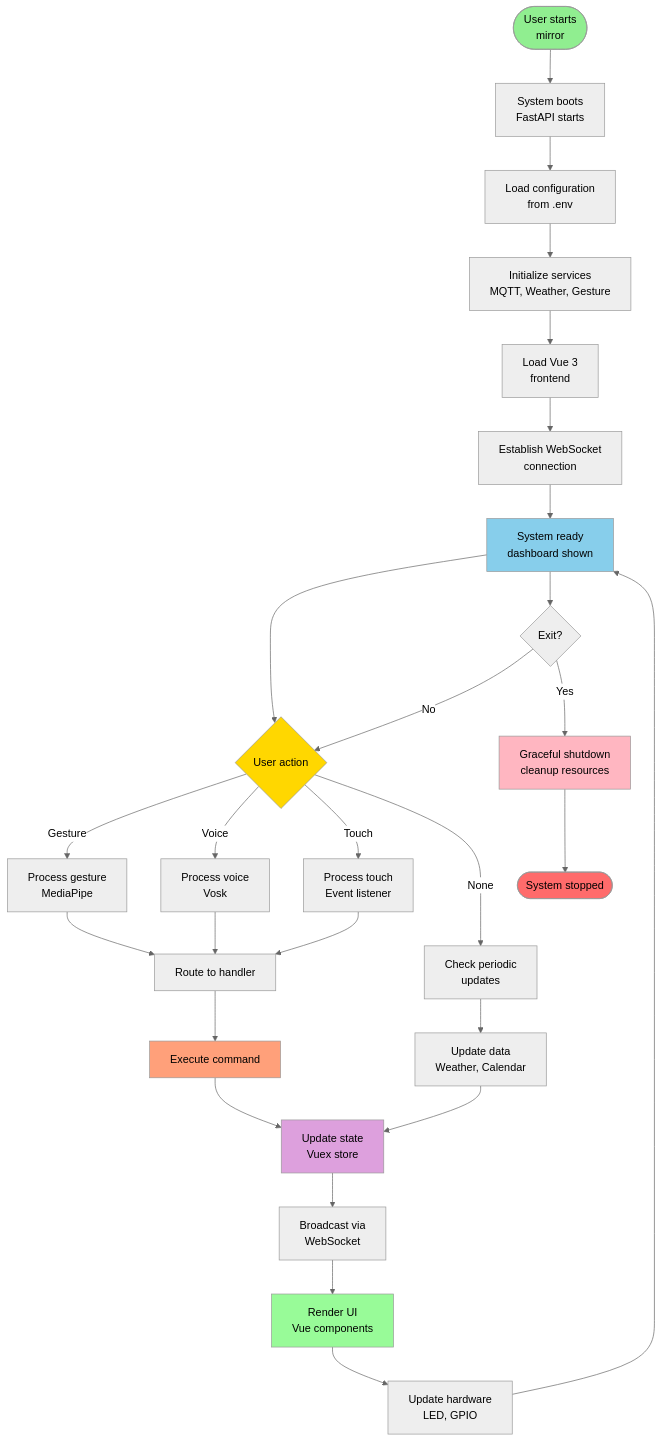
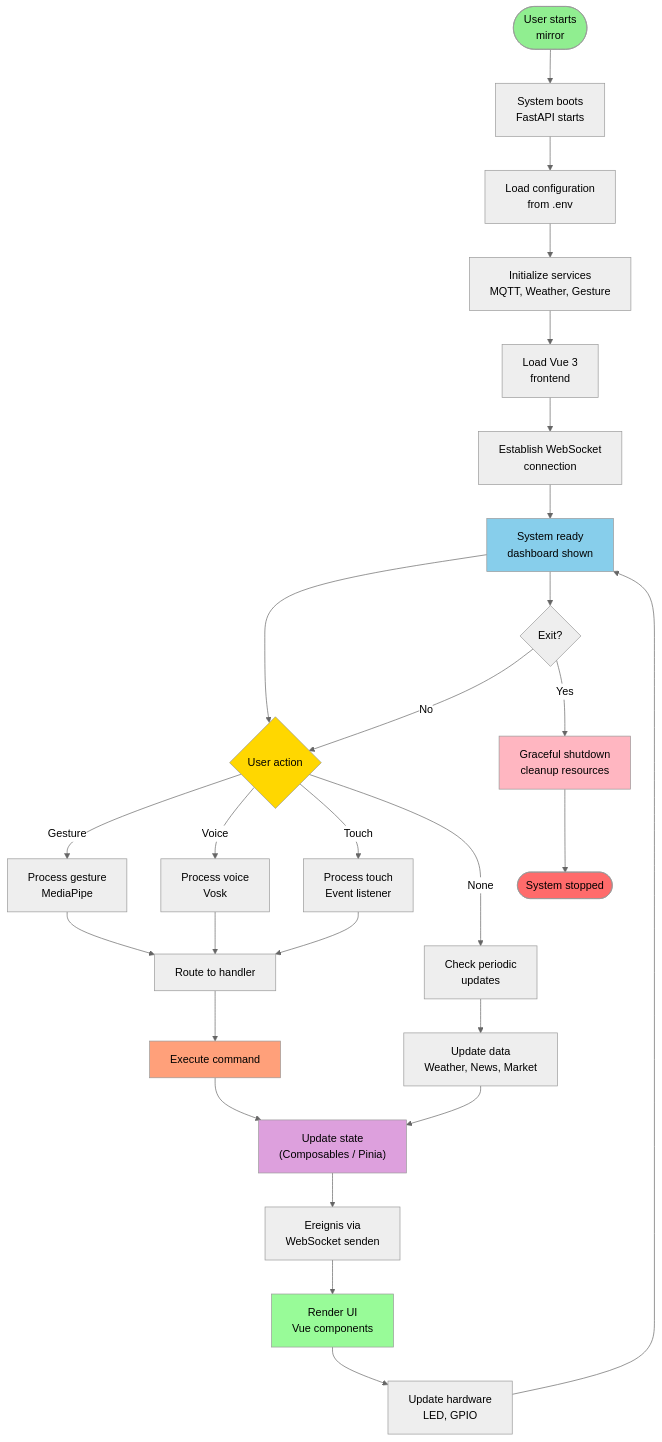
The seventh of 7 diagrams in docs/diagram-docs/Zusaetzliche_Architektur_Diagramme.md (SebastianRieger/Software-Engineering), drawn with Mermaid (neutral theme) before and after one commit. The commit also changed other lines of this file and 10 other files, not shown here.

````diff
--- a/docs/diagram-docs/Zusaetzliche_Architektur_Diagramme.md
+++ b/docs/diagram-docs/Zusaetzliche_Architektur_Diagramme.md
@@ -609,57 +667,57 @@
 ```mermaid
 graph TD
     START([User starts<br/>mirror])
     
     BOOT["System boots<br/>FastAPI starts"]
     LOAD_CONFIG["Load configuration<br/>from .env"]
     INIT_SERVICES["Initialize services<br/>MQTT, Weather, Gesture"]
     LOAD_FRONTEND["Load Vue 3<br/>frontend"]
     ESTABLISH_WS["Establish WebSocket<br/>connection"]
     READY["System ready<br/>dashboard shown"]
     
     START --> BOOT
     BOOT --> LOAD_CONFIG
     LOAD_CONFIG --> INIT_SERVICES
     INIT_SERVICES --> LOAD_FRONTEND
     LOAD_FRONTEND --> ESTABLISH_WS
     ESTABLISH_WS --> READY
     
     READY --> USER_ACTION{User action}
     
     USER_ACTION -->|Gesture| GESTURE["Process gesture<br/>MediaPipe"]
     USER_ACTION -->|Voice| VOICE["Process voice<br/>Vosk"]
     USER_ACTION -->|Touch| TOUCH["Process touch<br/>Event listener"]
     USER_ACTION -->|None| PERIODIC["Check periodic<br/>updates"]
     
     GESTURE --> ROUTE["Route to handler"]
     VOICE --> ROUTE
     TOUCH --> ROUTE
-    PERIODIC --> UPDATE_DATA["Update data<br/>Weather, Calendar"]
+    PERIODIC --> UPDATE_DATA["Update data<br/>Weather, News, Market"]
     
     ROUTE --> EXECUTE["Execute command"]
-    EXECUTE --> UPDATE_STATE["Update state<br/>Vuex store"]
+    EXECUTE --> UPDATE_STATE["Update state<br/>(Composables / Pinia)"]
     
     UPDATE_DATA --> UPDATE_STATE
     
-    UPDATE_STATE --> BROADCAST["Broadcast via<br/>WebSocket"]
+    UPDATE_STATE --> BROADCAST["Ereignis via<br/>WebSocket senden"]
     
     BROADCAST --> RENDER["Render UI<br/>Vue components"]
     
     RENDER --> UPDATE_HW["Update hardware<br/>LED, GPIO"]
     
     UPDATE_HW --> READY
     
     READY --> EXIT{Exit?}
     EXIT -->|No| USER_ACTION
     EXIT -->|Yes| SHUTDOWN["Graceful shutdown<br/>cleanup resources"]
     SHUTDOWN --> END([System stopped])
     
     style START fill:#90EE90
     style READY fill:#87CEEB
     style USER_ACTION fill:#FFD700
     style EXECUTE fill:#FFA07A
     style UPDATE_STATE fill:#DDA0DD
     style RENDER fill:#98FB98
     style SHUTDOWN fill:#FFB6C1
     style END fill:#FF6B6B
 ```
````
